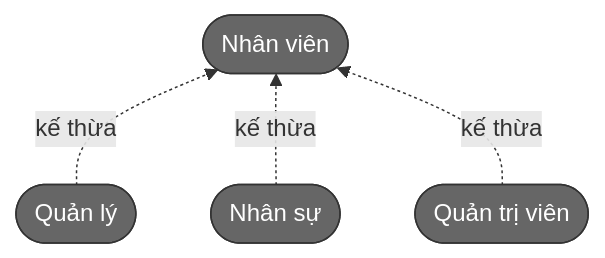
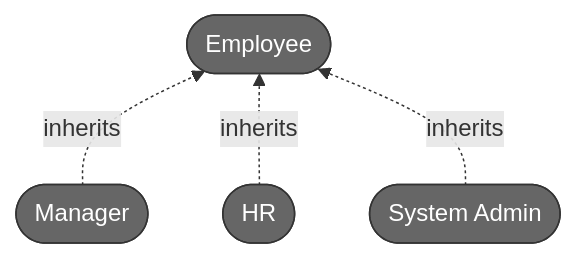
Before and after one commit to Akaza-ban/OCK-360: the first of 4 diagrams in docs/03-use-cases.md, drawn with Mermaid. The commit also changed other lines of this file and 24 other files, not shown here.

````diff
--- a/docs/03-use-cases.md
+++ b/docs/03-use-cases.md
@@ -79,9 +79,9 @@
 ```mermaid
 flowchart BT
-    manager(["Quản lý"]) -. "kế thừa" .-> employee(["Nhân viên"])
-    hr(["Nhân sự"]) -. "kế thừa" .-> employee
-    admin(["Quản trị viên"]) -. "kế thừa" .-> employee
+    manager(["Manager"]) -. "inherits" .-> employee(["Employee"])
+    hr(["HR"]) -. "inherits" .-> employee
+    admin(["System Admin"]) -. "inherits" .-> employee
 
     classDef actor fill:#666,color:#fff,stroke:#333
     class employee,manager,hr,admin actor
 ```
````
